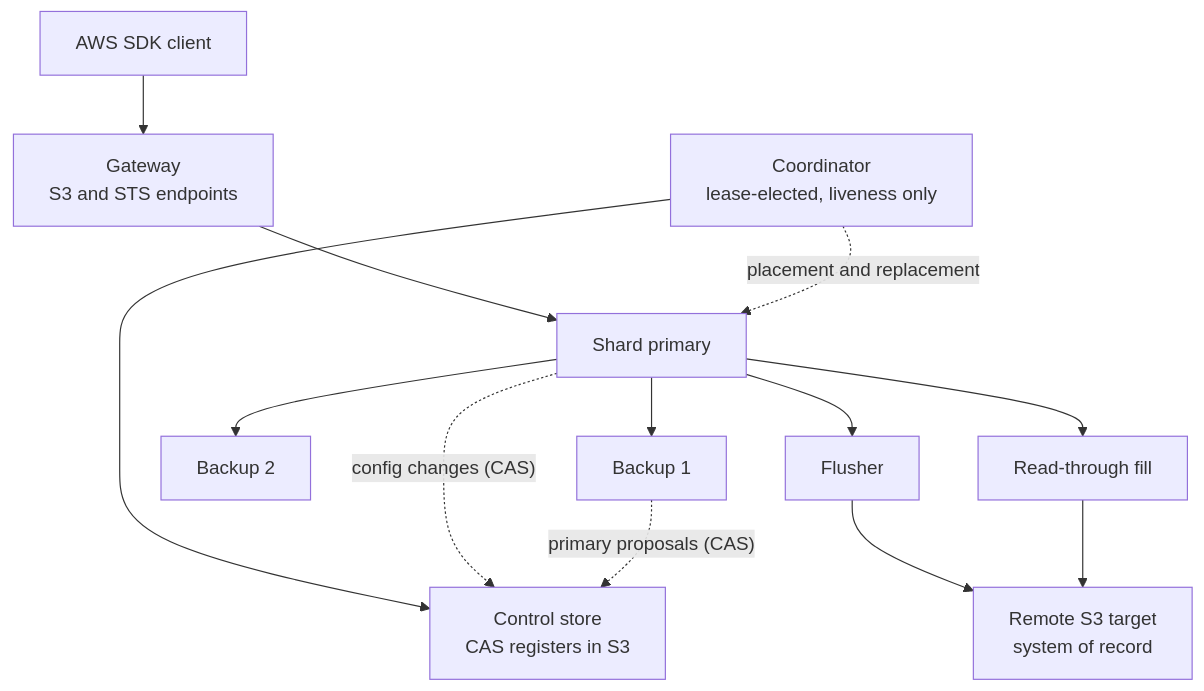
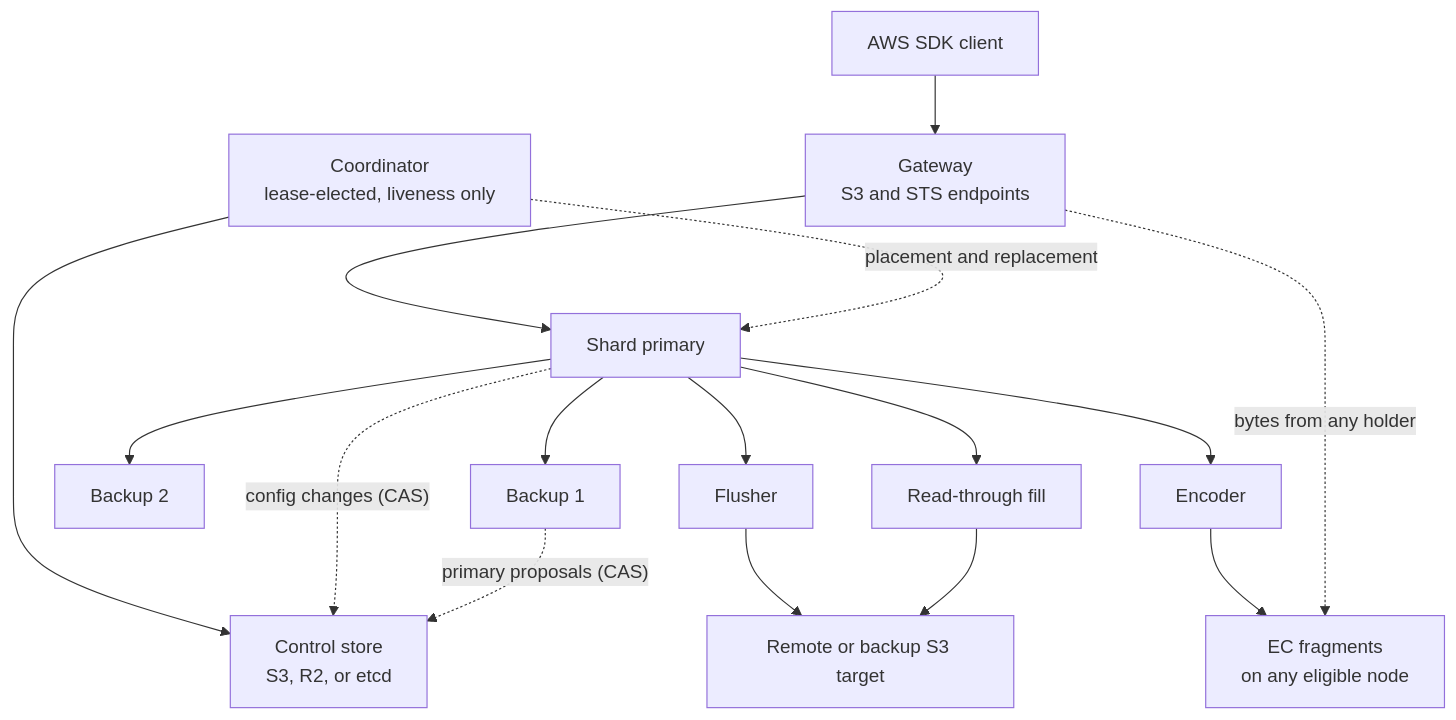
The first of 7 diagrams in docs/skys3-design.md (skys3/skys3), drawn with Mermaid before and after one commit. The commit also changed other lines of this file and 1 other file, not shown here.

First line of the commit message:
docs: add local buckets, pluggable control store, and read scaling

````diff
--- a/docs/skys3-design.md
+++ b/docs/skys3-design.md
@@ -94,15 +115,18 @@
 ```mermaid
 flowchart TB
     Client["AWS SDK client"] --> GW["Gateway<br/>S3 and STS endpoints"]
     GW --> P["Shard primary"]
     P --> B1["Backup 1"]
     P --> B2["Backup 2"]
     P --> F["Flusher"]
-    F --> Remote["Remote S3 target<br/>system of record"]
+    F --> Remote["Remote or backup S3 target"]
     P --> Fill["Read-through fill"]
     Fill --> Remote
-    Coord["Coordinator<br/>lease-elected, liveness only"] --> CS["Control store<br/>CAS registers in S3"]
+    P --> Enc["Encoder"]
+    Enc --> Frag["EC fragments<br/>on any eligible node"]
+    GW -. "bytes from any holder" .-> Frag
+    Coord["Coordinator<br/>lease-elected, liveness only"] --> CS["Control store<br/>S3, R2, or etcd"]
     P -. "config changes (CAS)" .-> CS
     B1 -. "primary proposals (CAS)" .-> CS
     Coord -. "placement and replacement" .-> P
 ```
````
